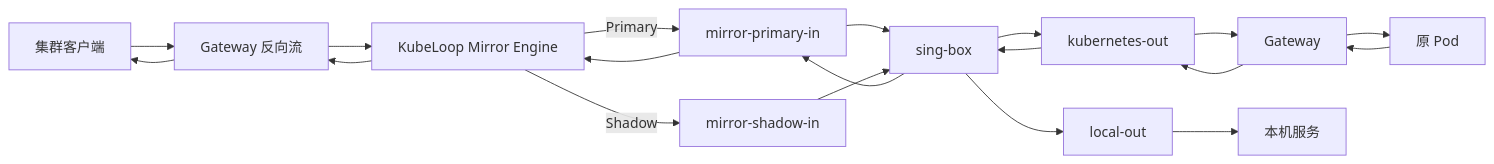
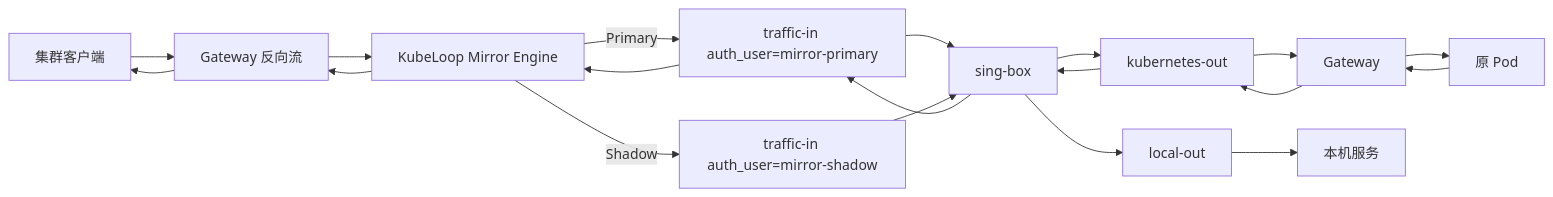
The third of 3 diagrams in docs/singbox-traffic-dataplane.zh-CN.md (fengqi-dev/kube-clash), drawn with Mermaid before and after one commit. The commit also changed other lines of this file and 29 other files, not shown here.

````diff
--- a/docs/singbox-traffic-dataplane.zh-CN.md
+++ b/docs/singbox-traffic-dataplane.zh-CN.md
@@ -337,21 +333,21 @@
 ```mermaid
 flowchart LR
     Client["集群客户端"]
     GatewayIn["Gateway 反向流"]
     Tee["KubeLoop Mirror Engine"]
 
-    PrimaryIn["mirror-primary-in"]
-    ShadowIn["mirror-shadow-in"]
+    PrimaryIn["traffic-in auth_user=mirror-primary"]
+    ShadowIn["traffic-in auth_user=mirror-shadow"]
     SingBox["sing-box"]
     KubeOut["kubernetes-out"]
     LocalOut["local-out"]
 
     GatewayOut["Gateway"]
     Pod["原 Pod"]
     Local["本机服务"]
 
     Client --> GatewayIn --> Tee
     Tee -->|Primary| PrimaryIn --> SingBox --> KubeOut --> GatewayOut --> Pod
     Tee -->|Shadow| ShadowIn --> SingBox --> LocalOut --> Local
     Pod --> GatewayOut --> KubeOut --> SingBox --> PrimaryIn --> Tee --> GatewayIn --> Client
 ```
````
